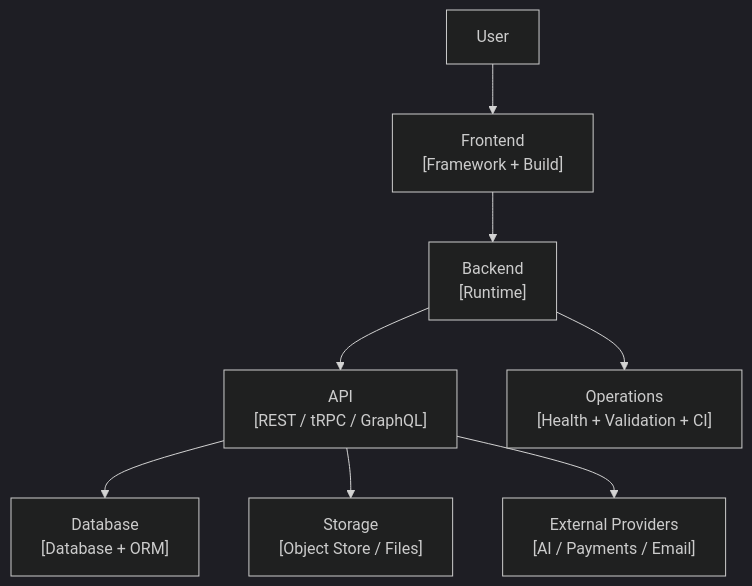
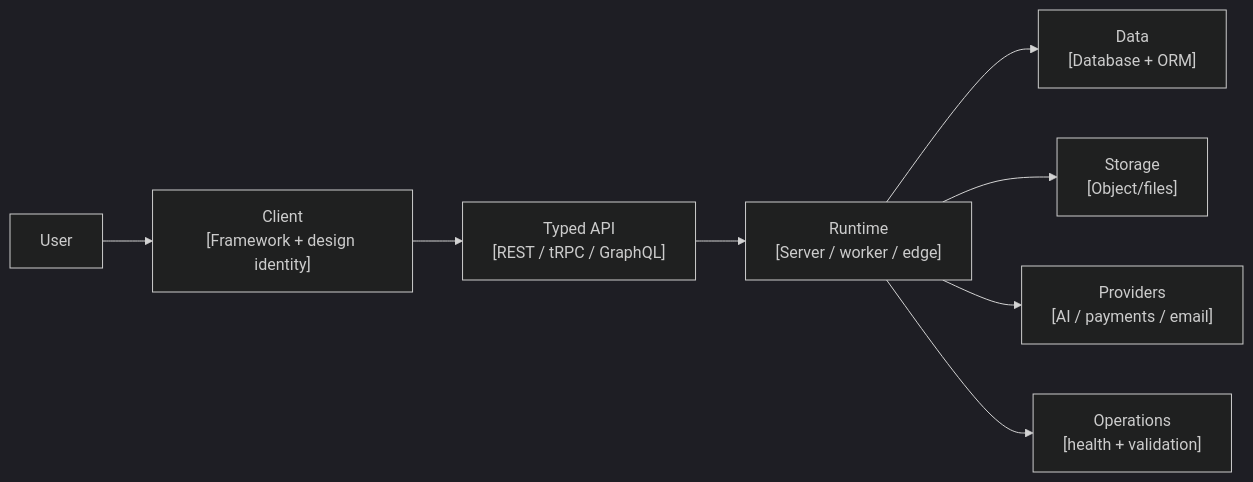
One commit to Alexi5000/Ellie changed the diagram in docs/templates/SAAS_README_TEMPLATE.md. Above: the diagram before and after it, drawn with Mermaid (dark theme). The commit also changed other lines of this file and 1 other file, not shown here.

````diff
--- a/docs/templates/SAAS_README_TEMPLATE.md
+++ b/docs/templates/SAAS_README_TEMPLATE.md
@@ -69,19 +70,10 @@
 ```mermaid
-graph TB
-    User["User"]
-    Frontend["Frontend\n[Framework + Build]"]
-    Server["Backend\n[Runtime]"]
-    API["API\n[REST / tRPC / GraphQL]"]
-    DB["Database\n[Database + ORM]"]
-    Storage["Storage\n[Object Store / Files]"]
-    Providers["External Providers\n[AI / Payments / Email]"]
-    Ops["Operations\n[Health + Validation + CI]"]
-
-    User --> Frontend
-    Frontend --> Server
-    Server --> API
-    API --> DB
-    API --> Storage
-    API --> Providers
-    Server --> Ops
+graph LR
+    User["User"] --> Client["Client\n[Framework + design identity]"]
+    Client --> API["Typed API\n[REST / tRPC / GraphQL]"]
+    API --> Runtime["Runtime\n[Server / worker / edge]"]
+    Runtime --> Data["Data\n[Database + ORM]"]
+    Runtime --> Storage["Storage\n[Object/files]"]
+    Runtime --> Providers["Providers\n[AI / payments / email]"]
+    Runtime --> Ops["Operations\n[health + validation]"]
 ```
````
